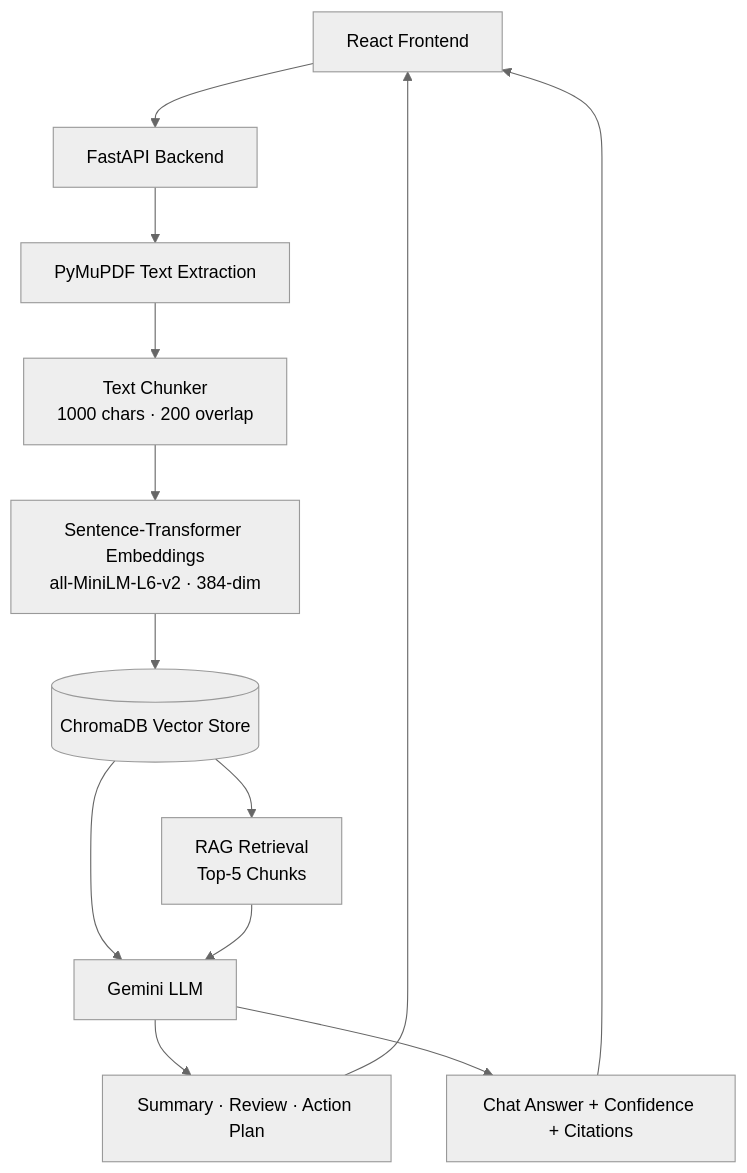
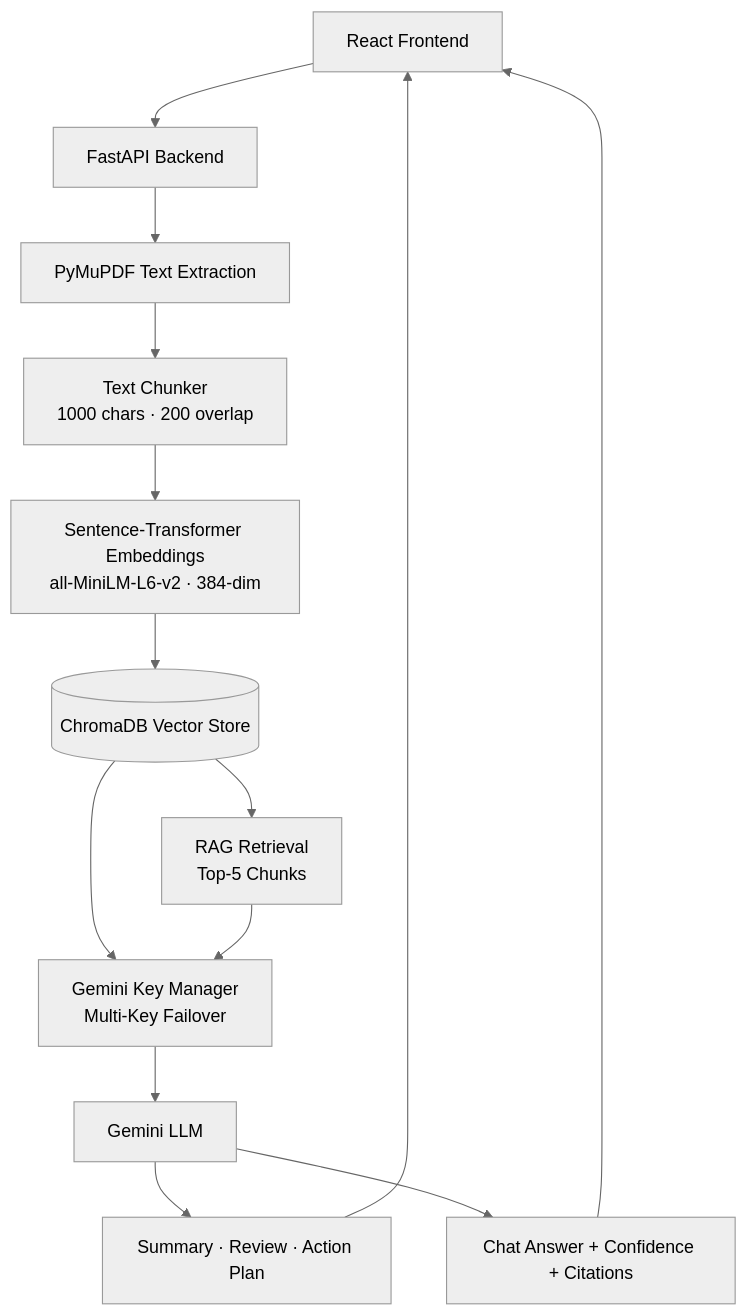
The first of 2 diagrams in README.md (Aditya2007raj/ResearchPilot-AI), drawn with Mermaid (neutral theme) before and after one commit. The commit also changed other lines of this file, not shown here.

````diff
--- a/README.md
+++ b/README.md
@@ -73,15 +81,16 @@
 ```mermaid
 flowchart TD
     A[React Frontend] --> B[FastAPI Backend]
     B --> C[PyMuPDF Text Extraction]
     C --> D[Text Chunker<br/>1000 chars · 200 overlap]
     D --> E[Sentence-Transformer Embeddings<br/>all-MiniLM-L6-v2 · 384-dim]
     E --> F[(ChromaDB Vector Store)]
-    F --> G[Gemini LLM]
+    F --> GK[Gemini Key Manager<br/>Multi-Key Failover]
+    GK --> G[Gemini LLM]
     G --> H[Summary · Review · Action Plan]
     F --> I[RAG Retrieval<br/>Top-5 Chunks]
-    I --> G
+    I --> GK
     G --> J[Chat Answer + Confidence + Citations]
     H --> A
     J --> A
 ```
````
